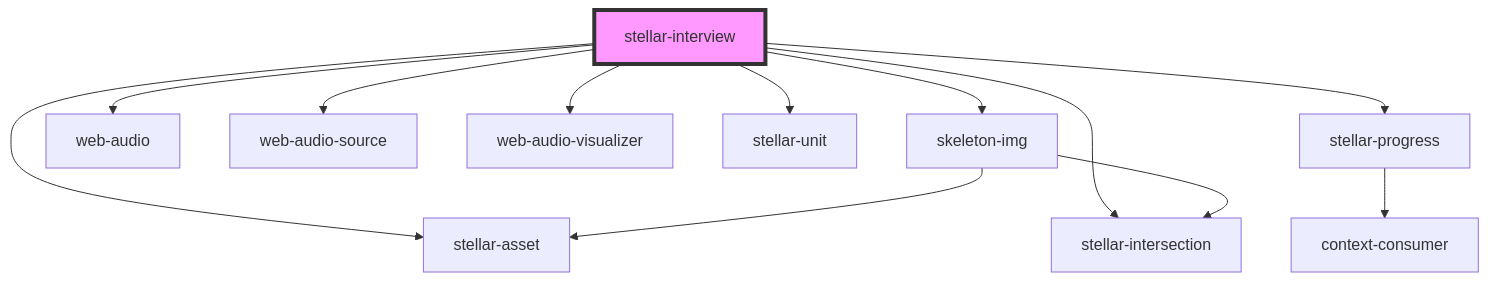
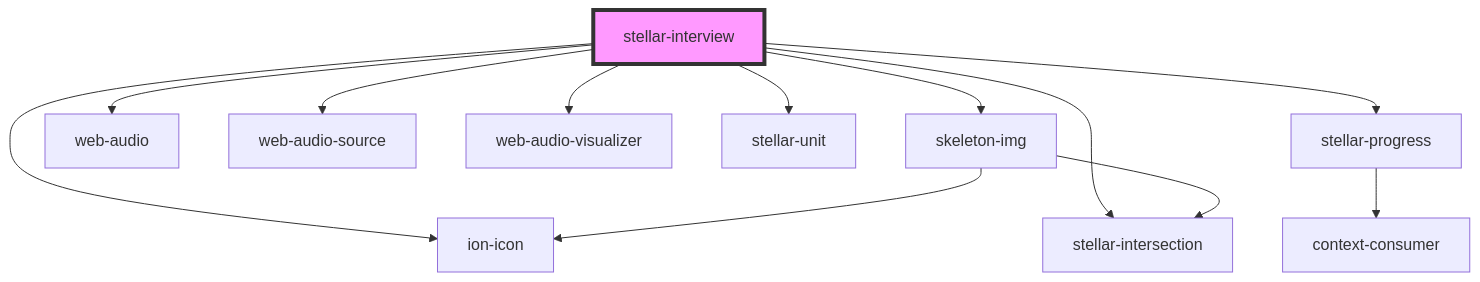
The diagram in src/components/media/interview/readme.md (splitinfinities/Stellar), drawn with Mermaid before and after one commit. The commit also changed other lines of this file and 108 other files, not shown here.

Commit message:
Remove stellar-asset.

````diff
--- a/src/components/media/interview/readme.md
+++ b/src/components/media/interview/readme.md
@@ -78,15 +78,15 @@
 ```mermaid
 graph TD;
   stellar-interview --> skeleton-img
   stellar-interview --> web-audio
   stellar-interview --> web-audio-source
   stellar-interview --> web-audio-visualizer
-  stellar-interview --> stellar-asset
+  stellar-interview --> ion-icon
   stellar-interview --> stellar-unit
   stellar-interview --> stellar-progress
   stellar-interview --> stellar-intersection
-  skeleton-img --> stellar-asset
+  skeleton-img --> ion-icon
   skeleton-img --> stellar-intersection
   stellar-progress --> context-consumer
   style stellar-interview fill:#f9f,stroke:#333,stroke-width:4px
 ```
````
